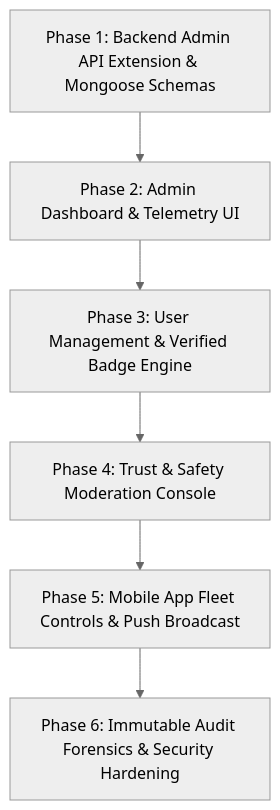
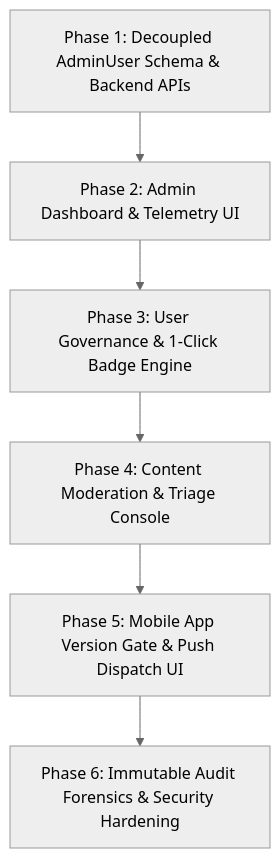
Before and after one commit to subhan716/devhub: the diagram in ADMIN_PANEL_UNIFIED_ARCHITECTURE.md, drawn with Mermaid (neutral theme). The commit also changed other lines of this file, not shown here.

Commit message:
docs: deeply synchronize admin panel architecture with decoupled admin_users collection and zero-trust specifications

````diff
--- a/ADMIN_PANEL_UNIFIED_ARCHITECTURE.md
+++ b/ADMIN_PANEL_UNIFIED_ARCHITECTURE.md
@@ -434,8 +479,8 @@
 ```mermaid
 graph TD
-    A[Phase 1: Backend Admin API Extension & Mongoose Schemas] --> B[Phase 2: Admin Dashboard & Telemetry UI]
-    B --> C[Phase 3: User Management & Verified Badge Engine]
-    C --> D[Phase 4: Trust & Safety Moderation Console]
-    D --> E[Phase 5: Mobile App Fleet Controls & Push Broadcast]
+    A[Phase 1: Decoupled AdminUser Schema & Backend APIs] --> B[Phase 2: Admin Dashboard & Telemetry UI]
+    B --> C[Phase 3: User Governance & 1-Click Badge Engine]
+    C --> D[Phase 4: Content Moderation & Triage Console]
+    D --> E[Phase 5: Mobile App Version Gate & Push Dispatch UI]
     E --> F[Phase 6: Immutable Audit Forensics & Security Hardening]
 ```
````
